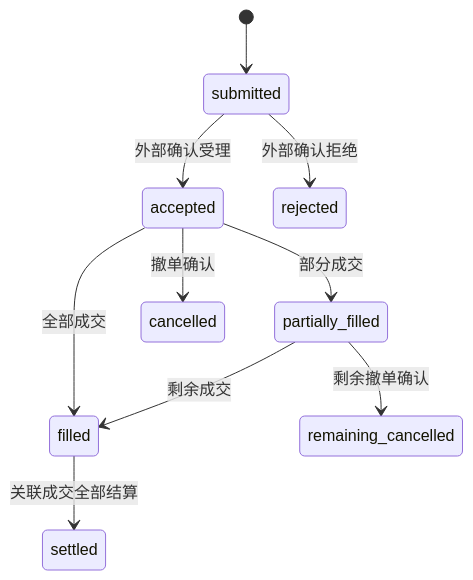
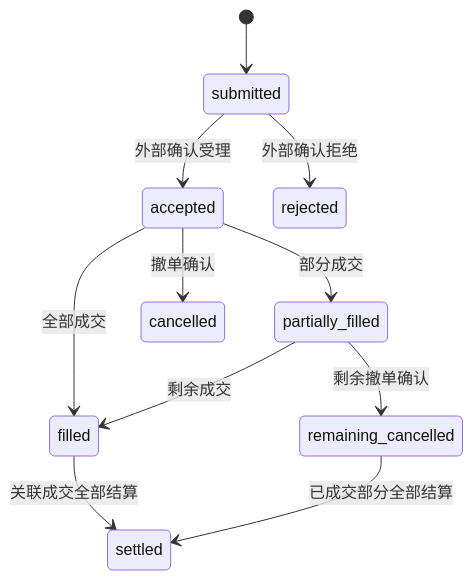
Before and after one commit to hpoenixf/eff-agent-article: the diagram in articles/financial-agent-system-panorama.md, drawn with Mermaid. The commit also changed other lines of this file, not shown here.

````diff
--- a/articles/financial-agent-system-panorama.md
+++ b/articles/financial-agent-system-panorama.md
@@ -225,12 +225,13 @@
 ```mermaid
 stateDiagram-v2
     [*] --> submitted
     submitted --> accepted: 外部确认受理
     submitted --> rejected: 外部确认拒绝
     accepted --> partially_filled: 部分成交
     accepted --> filled: 全部成交
     partially_filled --> filled: 剩余成交
     accepted --> cancelled: 撤单确认
     partially_filled --> remaining_cancelled: 剩余撤单确认
     filled --> settled: 关联成交全部结算
+    remaining_cancelled --> settled: 已成交部分全部结算
 ```
````
